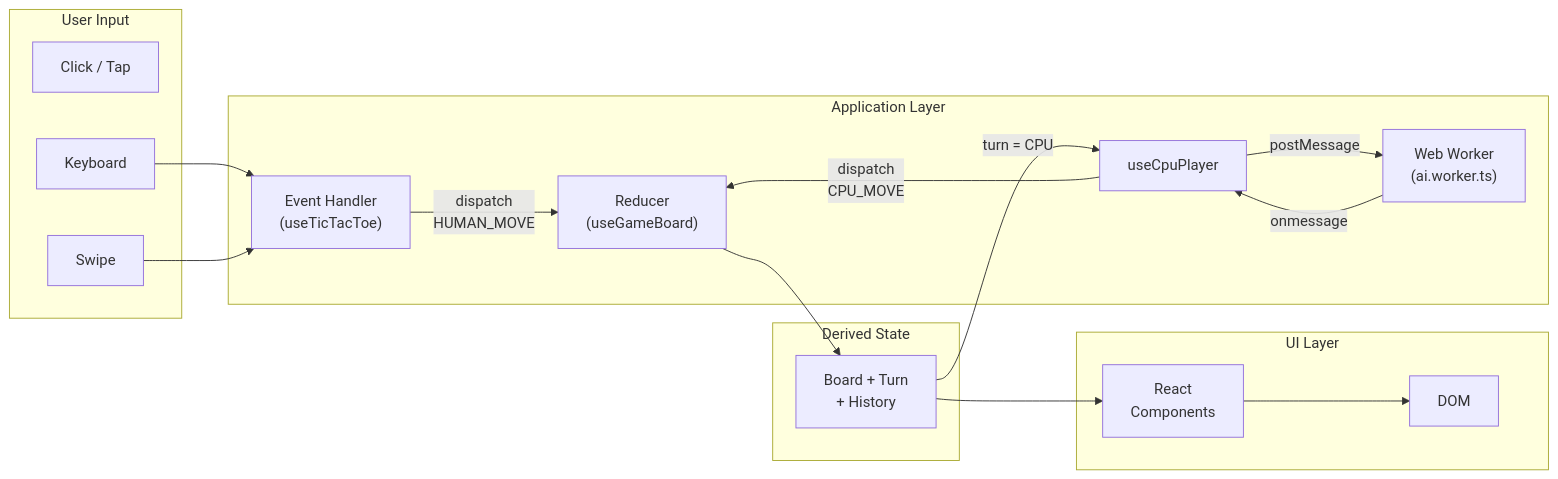
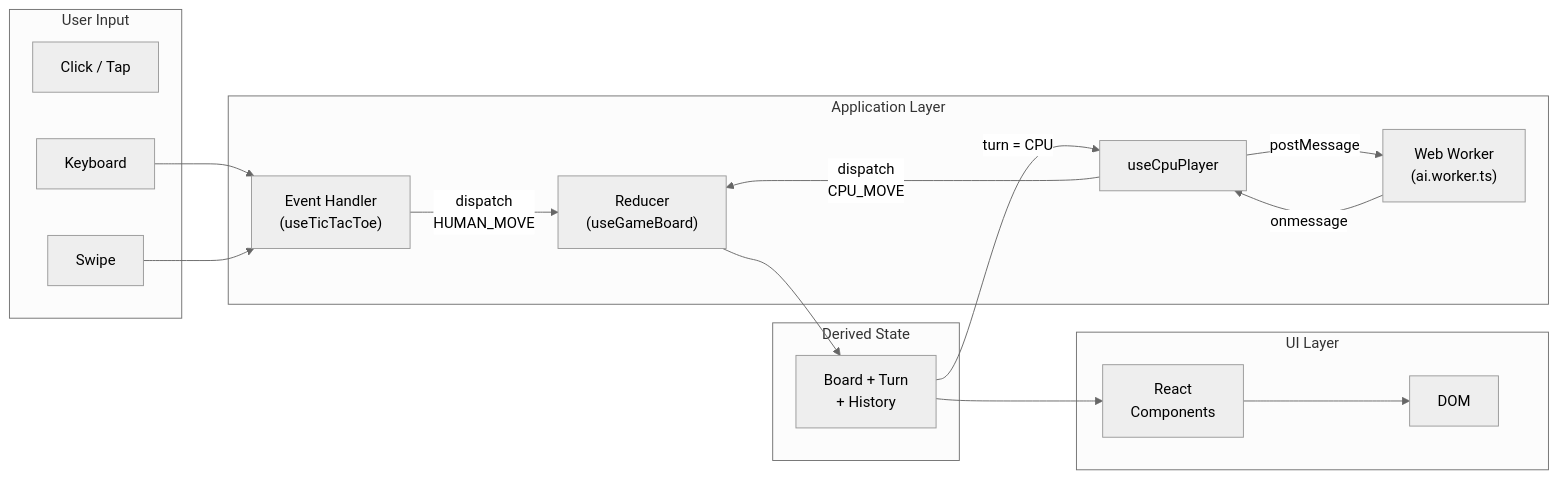
One commit to scottdreinhart/tictactoe changed the third of 9 diagrams in README.md. Above: the diagram before and after it, drawn with Mermaid. The commit also changed other lines of this file, not shown here.

Commit message:
docs: use neutral theme for all Mermaid diagrams, convert block-beta to graph

````diff
--- a/README.md
+++ b/README.md
@@ -433,35 +435,36 @@
 ```mermaid
+%%{init: {'theme': 'neutral'}}%%
 flowchart LR
   subgraph Input["User Input"]
     click["Click / Tap"]
     key["Keyboard"]
     swipe["Swipe"]
   end
 
   subgraph Hooks["Application Layer"]
     handler["Event Handler\n(useTicTacToe)"]
     reducer["Reducer\n(useGameBoard)"]
     cpu["useCpuPlayer"]
     worker["Web Worker\n(ai.worker.ts)"]
   end
 
   subgraph State["Derived State"]
     raw["Board + Turn\n+ History"]
   end
 
   subgraph Render["UI Layer"]
     comp["React\nComponents"]
     dom["DOM"]
   end
 
   click --> handler
   key --> handler
   swipe --> handler
   handler -->|"dispatch\nHUMAN_MOVE"| reducer
   reducer --> raw
   raw -->|"turn = CPU"| cpu
   cpu -->|postMessage| worker
   worker -->|onmessage| cpu
   cpu -->|"dispatch\nCPU_MOVE"| reducer
   raw --> comp --> dom
 ```
````
